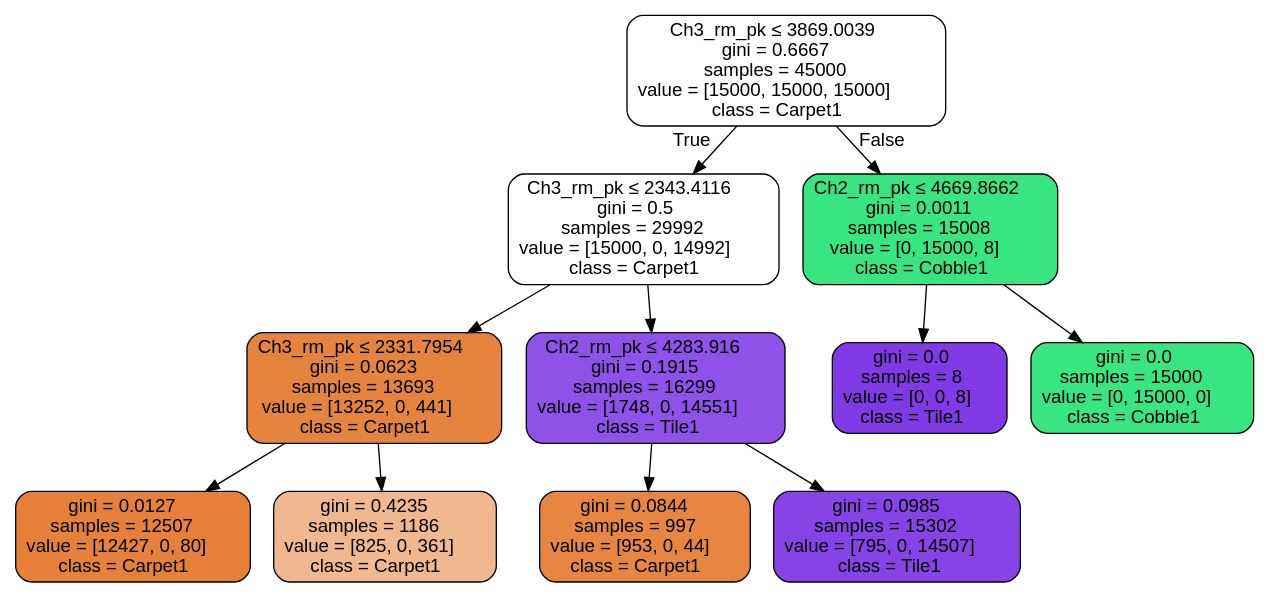
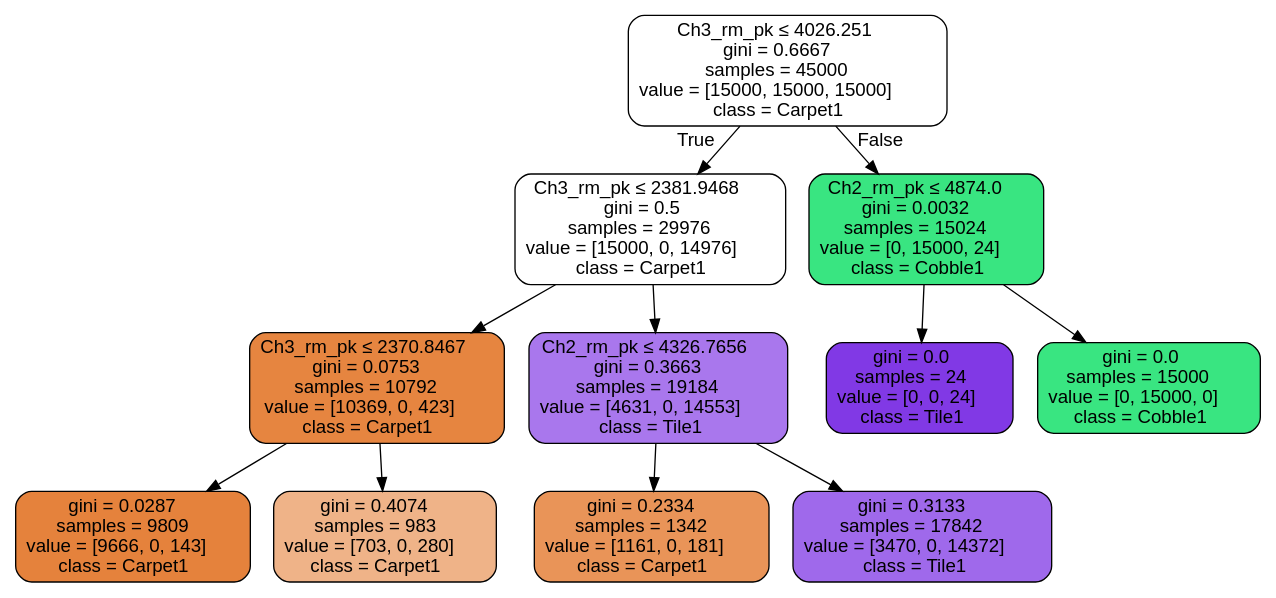
The diagram in PythonScripts/None3.dot (MoreCoffee12/AccelPlot), drawn with Graphviz before and after one commit. The commit also changed 7 other files, not shown here.

```diff
--- a/PythonScripts/None3.dot
+++ b/PythonScripts/None3.dot
@@ -1,25 +1,25 @@
 digraph Tree {
 node [shape=box, style="filled, rounded", color="black", fontname=helvetica] ;
 edge [fontname=helvetica] ;
-0 [label=<Ch3_rm_pk &le; 3869.0039<br/>gini = 0.6667<br/>samples = 45000<br/>value = [15000, 15000, 15000]<br/>class = Carpet1>, fillcolor="#e5813900"] ;
-1 [label=<Ch3_rm_pk &le; 2343.4116<br/>gini = 0.5<br/>samples = 29992<br/>value = [15000, 0, 14992]<br/>class = Carpet1>, fillcolor="#e5813900"] ;
+0 [label=<Ch3_rm_pk &le; 4026.251<br/>gini = 0.6667<br/>samples = 45000<br/>value = [15000, 15000, 15000]<br/>class = Carpet1>, fillcolor="#e5813900"] ;
+1 [label=<Ch3_rm_pk &le; 2381.9468<br/>gini = 0.5<br/>samples = 29976<br/>value = [15000, 0, 14976]<br/>class = Carpet1>, fillcolor="#e5813900"] ;
 0 -> 1 [labeldistance=2.5, labelangle=45, headlabel="True"] ;
-2 [label=<Ch3_rm_pk &le; 2331.7954<br/>gini = 0.0623<br/>samples = 13693<br/>value = [13252, 0, 441]<br/>class = Carpet1>, fillcolor="#e58139f7"] ;
+2 [label=<Ch3_rm_pk &le; 2370.8467<br/>gini = 0.0753<br/>samples = 10792<br/>value = [10369, 0, 423]<br/>class = Carpet1>, fillcolor="#e58139f5"] ;
 1 -> 2 ;
-3 [label=<gini = 0.0127<br/>samples = 12507<br/>value = [12427, 0, 80]<br/>class = Carpet1>, fillcolor="#e58139fd"] ;
+3 [label=<gini = 0.0287<br/>samples = 9809<br/>value = [9666, 0, 143]<br/>class = Carpet1>, fillcolor="#e58139fb"] ;
 2 -> 3 ;
-4 [label=<gini = 0.4235<br/>samples = 1186<br/>value = [825, 0, 361]<br/>class = Carpet1>, fillcolor="#e581398f"] ;
+4 [label=<gini = 0.4074<br/>samples = 983<br/>value = [703, 0, 280]<br/>class = Carpet1>, fillcolor="#e5813999"] ;
 2 -> 4 ;
-5 [label=<Ch2_rm_pk &le; 4283.916<br/>gini = 0.1915<br/>samples = 16299<br/>value = [1748, 0, 14551]<br/>class = Tile1>, fillcolor="#8139e5e0"] ;
+5 [label=<Ch2_rm_pk &le; 4326.7656<br/>gini = 0.3663<br/>samples = 19184<br/>value = [4631, 0, 14553]<br/>class = Tile1>, fillcolor="#8139e5ae"] ;
 1 -> 5 ;
-6 [label=<gini = 0.0844<br/>samples = 997<br/>value = [953, 0, 44]<br/>class = Carpet1>, fillcolor="#e58139f3"] ;
+6 [label=<gini = 0.2334<br/>samples = 1342<br/>value = [1161, 0, 181]<br/>class = Carpet1>, fillcolor="#e58139d7"] ;
 5 -> 6 ;
-7 [label=<gini = 0.0985<br/>samples = 15302<br/>value = [795, 0, 14507]<br/>class = Tile1>, fillcolor="#8139e5f1"] ;
+7 [label=<gini = 0.3133<br/>samples = 17842<br/>value = [3470, 0, 14372]<br/>class = Tile1>, fillcolor="#8139e5c1"] ;
 5 -> 7 ;
-8 [label=<Ch2_rm_pk &le; 4669.8662<br/>gini = 0.0011<br/>samples = 15008<br/>value = [0, 15000, 8]<br/>class = Cobble1>, fillcolor="#39e581ff"] ;
+8 [label=<Ch2_rm_pk &le; 4874.0<br/>gini = 0.0032<br/>samples = 15024<br/>value = [0, 15000, 24]<br/>class = Cobble1>, fillcolor="#39e581ff"] ;
 0 -> 8 [labeldistance=2.5, labelangle=-45, headlabel="False"] ;
-9 [label=<gini = 0.0<br/>samples = 8<br/>value = [0, 0, 8]<br/>class = Tile1>, fillcolor="#8139e5ff"] ;
+9 [label=<gini = 0.0<br/>samples = 24<br/>value = [0, 0, 24]<br/>class = Tile1>, fillcolor="#8139e5ff"] ;
 8 -> 9 ;
 10 [label=<gini = 0.0<br/>samples = 15000<br/>value = [0, 15000, 0]<br/>class = Cobble1>, fillcolor="#39e581ff"] ;
 8 -> 10 ;
 }
```
